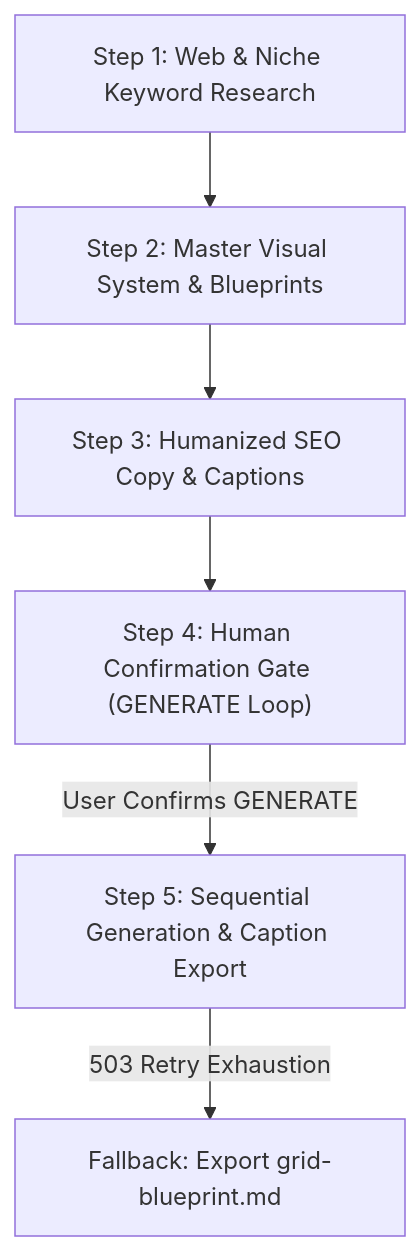
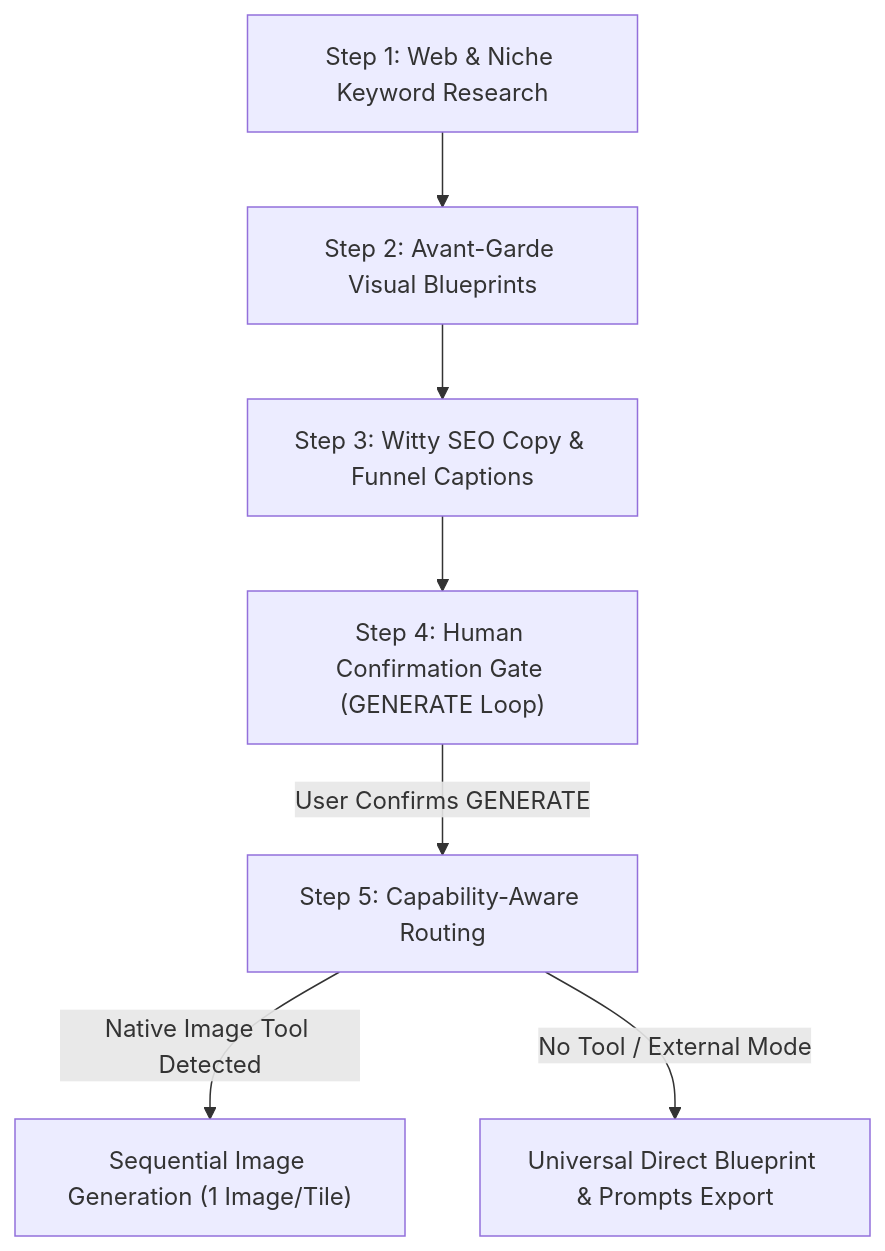
Before and after one commit to fryawhd-ctrl/ig-grid-brainstorm: the diagram in README.md, drawn with Mermaid. The commit also changed other lines of this file and 2 other files, not shown here.

Commit message:
Make Step 5 and export blueprints provider-agnostic with capability-aware routing

````diff
--- a/README.md
+++ b/README.md
@@ -52,8 +56,9 @@
 ```mermaid
 flowchart TD
-    S1["Step 1: Web & Niche Keyword Research"] --> S2["Step 2: Master Visual System & Blueprints"]
-    S2 --> S3["Step 3: Humanized SEO Copy & Captions"]
+    S1["Step 1: Web & Niche Keyword Research"] --> S2["Step 2: Avant-Garde Visual Blueprints"]
+    S2 --> S3["Step 3: Witty SEO Copy & Funnel Captions"]
     S3 --> S4["Step 4: Human Confirmation Gate (GENERATE Loop)"]
-    S4 -->|User Confirms GENERATE| S5["Step 5: Sequential Generation & Caption Export"]
-    S5 -->|503 Retry Exhaustion| F["Fallback: Export grid-blueprint.md"]
+    S4 -->|User Confirms GENERATE| S5["Step 5: Capability-Aware Routing"]
+    S5 -->|Native Image Tool Detected| G1["Sequential Image Generation (1 Image/Tile)"]
+    S5 -->|No Tool / External Mode| G2["Universal Direct Blueprint & Prompts Export"]
 ```
````
